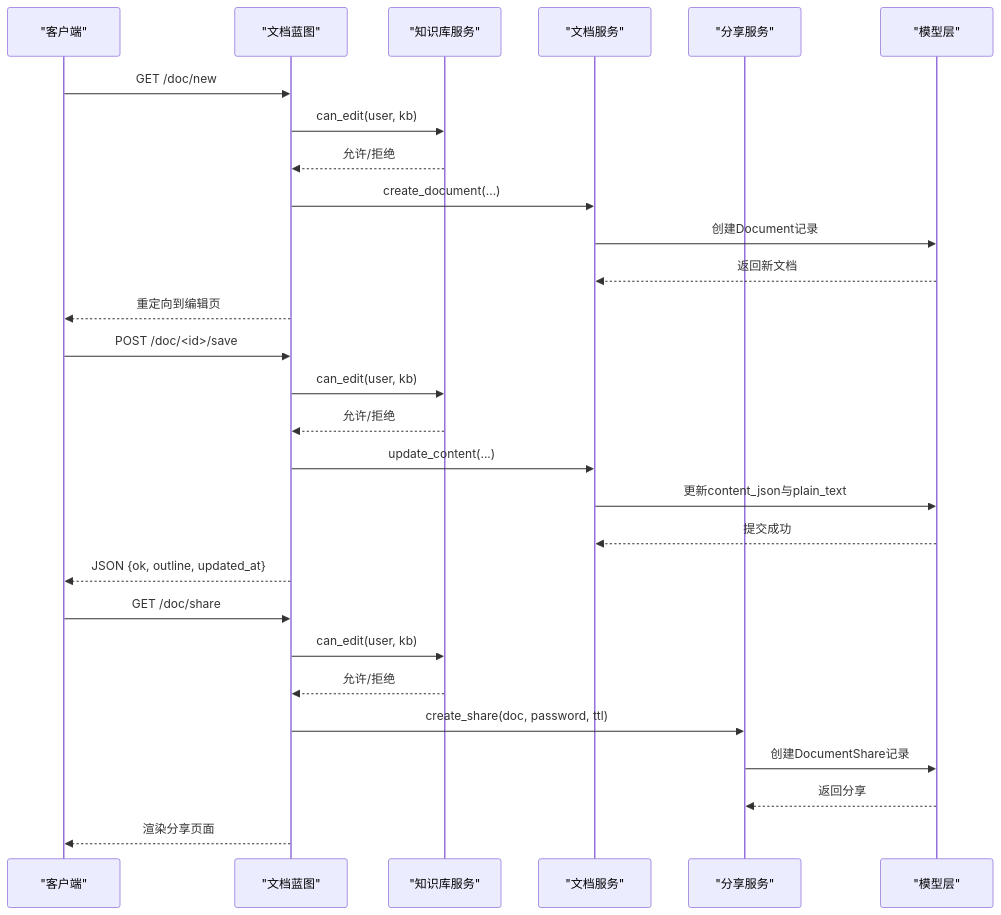
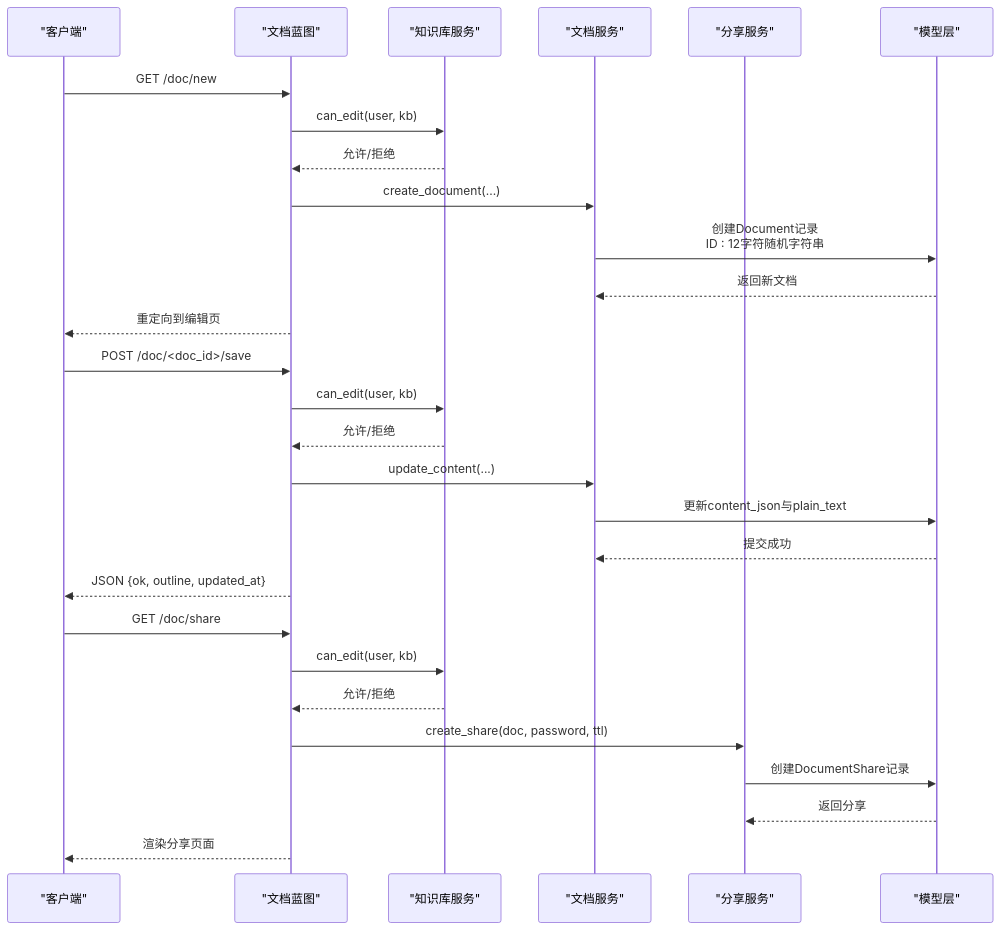
The second of 3 diagrams in .qoder/repowiki/zh/content/核心模块/文档管理系统/文档蓝图路由.md (beyondalbert/my_wiki), drawn with Mermaid before and after one commit. The commit also changed other lines of this file and 21 other files, not shown here.

````diff
--- a/.qoder/repowiki/zh/content/核心模块/文档管理系统/文档蓝图路由.md
+++ b/.qoder/repowiki/zh/content/核心模块/文档管理系统/文档蓝图路由.md
@@ -137,30 +150,30 @@
 ```mermaid
 sequenceDiagram
 participant Client as "客户端"
 participant DocBP as "文档蓝图"
 participant KB as "知识库服务"
 participant DocSvc as "文档服务"
 participant ShareSvc as "分享服务"
 participant Model as "模型层"
 Client->>DocBP : GET /doc/new
 DocBP->>KB : can_edit(user, kb)
 KB-->>DocBP : 允许/拒绝
 DocBP->>DocSvc : create_document(...)
-DocSvc->>Model : 创建Document记录
+DocSvc->>Model : 创建Document记录<br/>ID : 12字符随机字符串
 Model-->>DocSvc : 返回新文档
 DocBP-->>Client : 重定向到编辑页
-Client->>DocBP : POST /doc/<id>/save
+Client->>DocBP : POST /doc/<doc_id>/save
 DocBP->>KB : can_edit(user, kb)
 KB-->>DocBP : 允许/拒绝
 DocBP->>DocSvc : update_content(...)
 DocSvc->>Model : 更新content_json与plain_text
 Model-->>DocSvc : 提交成功
 DocBP-->>Client : JSON {ok, outline, updated_at}
 Client->>DocBP : GET /doc/share
 DocBP->>KB : can_edit(user, kb)
 KB-->>DocBP : 允许/拒绝
 DocBP->>ShareSvc : create_share(doc, password, ttl)
 ShareSvc->>Model : 创建DocumentShare记录
 Model-->>ShareSvc : 返回分享
 DocBP-->>Client : 渲染分享页面
 ```
````
